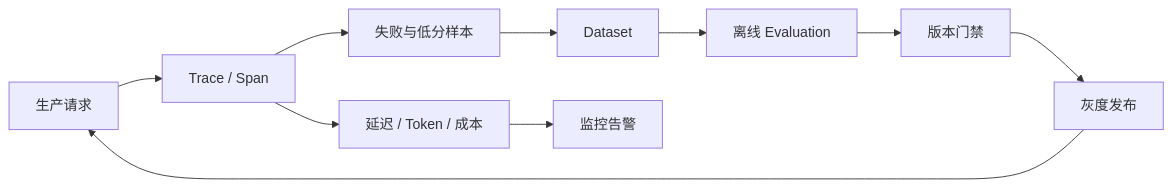
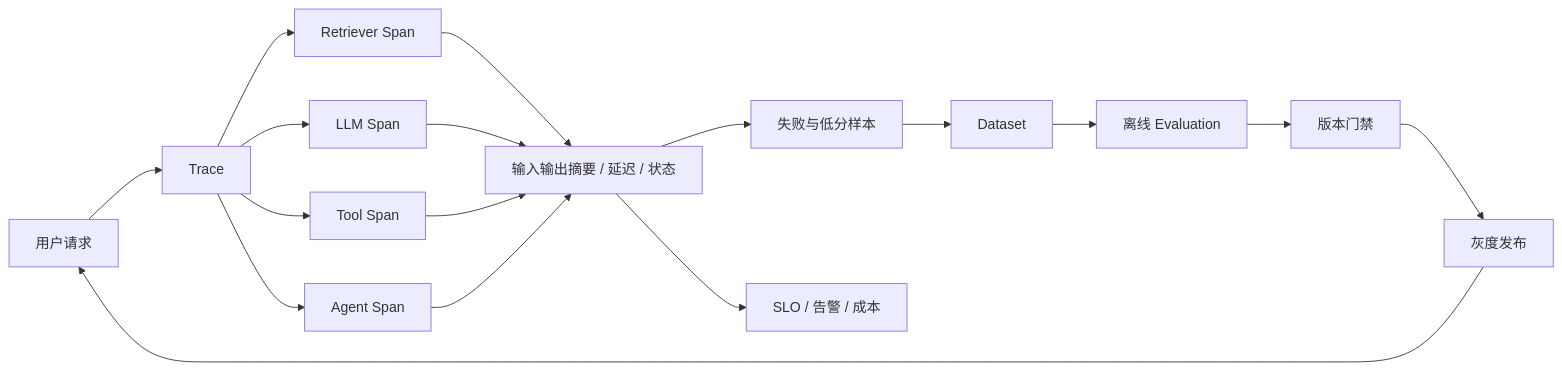
The diagram in src/content/knowledge/03-AI大模型应用开发/07-LangSmith-LangFuse/01-学习指南.md (imberZsk/imber-blog), drawn with Mermaid before and after one commit. The commit also changed other lines of this file and 213 other files, not shown here.

Commit message:
fix(knowledge): align guide sequences and strengthen guides (#31)

````diff
--- a/src/content/knowledge/03-AI大模型应用开发/07-LangSmith-LangFuse/01-学习指南.md
+++ b/src/content/knowledge/03-AI大模型应用开发/07-LangSmith-LangFuse/01-学习指南.md
@@ -10,12 +11,19 @@
 ```mermaid
 flowchart LR
-    A[生产请求] --> B[Trace / Span]
-    B --> C[失败与低分样本]
-    C --> D[Dataset]
-    D --> E[离线 Evaluation]
-    E --> F[版本门禁]
-    F --> G[灰度发布]
-    G --> A
-    B --> H[延迟 / Token / 成本]
-    H --> I[监控告警]
+    A[用户请求] --> B[Trace]
+    B --> C1[Retriever Span]
+    B --> C2[LLM Span]
+    B --> C3[Tool Span]
+    B --> C4[Agent Span]
+    C1 --> D[输入输出摘要 / 延迟 / 状态]
+    C2 --> D
+    C3 --> D
+    C4 --> D
+    D --> E[失败与低分样本]
+    E --> F[Dataset]
+    F --> G[离线 Evaluation]
+    G --> H[版本门禁]
+    H --> I[灰度发布]
+    I --> A
+    D --> J[SLO / 告警 / 成本]
 ```
````
